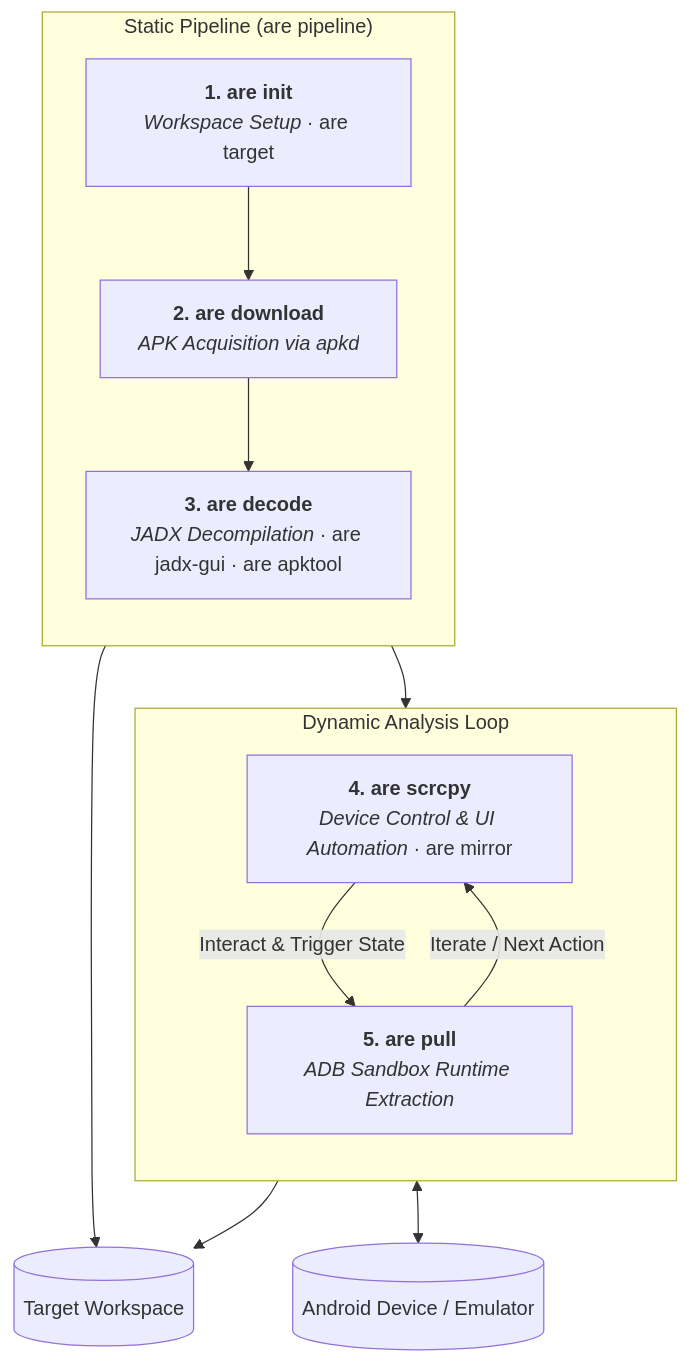
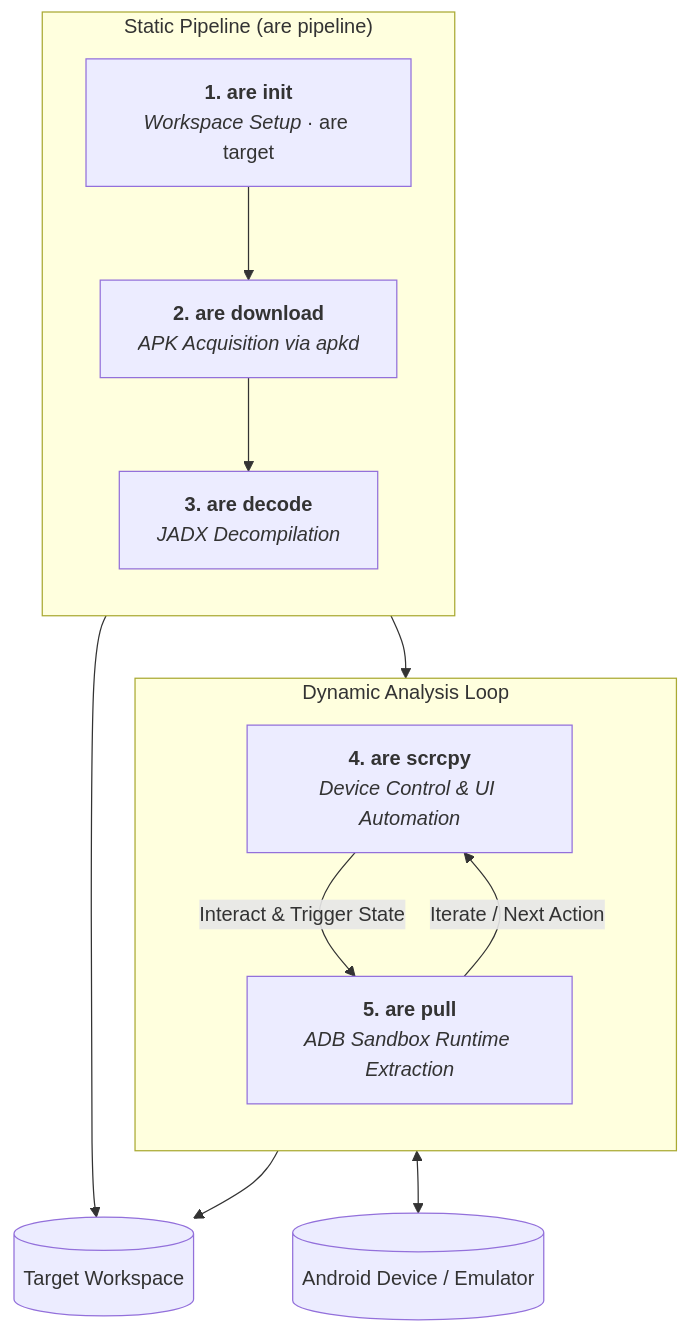
The diagram in README.md (impeterwayne/REAKit), drawn with Mermaid before and after one commit.

Commit message:
docs: update workflow diagram in README

````diff
--- a/README.md
+++ b/README.md
@@ -30,25 +30,25 @@
 ```mermaid
 flowchart TD
     subgraph Static ["Static Pipeline (are pipeline)"]
         direction TB
         S1["<b>1. are init</b><br/><i>Workspace Setup</i> · are target"]
         S2["<b>2. are download</b><br/><i>APK Acquisition via apkd</i>"]
-        S3["<b>3. are decode</b><br/><i>JADX Decompilation</i> · are jadx-gui · are apktool"]
+        S3["<b>3. are decode</b><br/><i>JADX Decompilation</i>"]
         S1 --> S2 --> S3
     end
 
     subgraph Dynamic ["Dynamic Analysis Loop"]
         direction TB
-        S4["<b>4. are scrcpy</b><br/><i>Device Control & UI Automation</i> · are mirror"]
+        S4["<b>4. are scrcpy</b><br/><i>Device Control & UI Automation</i>"]
         S5["<b>5. are pull</b><br/><i>ADB Sandbox Runtime Extraction</i>"]
         
         S4 -->|Interact & Trigger State| S5
         S5 -->|Iterate / Next Action| S4
     end
 
     Static --> Dynamic
 
     Static --> WS[(Target Workspace)]
     S5 --> WS
     S4 <--> DEV[(Android Device / Emulator)]
 ```
````
